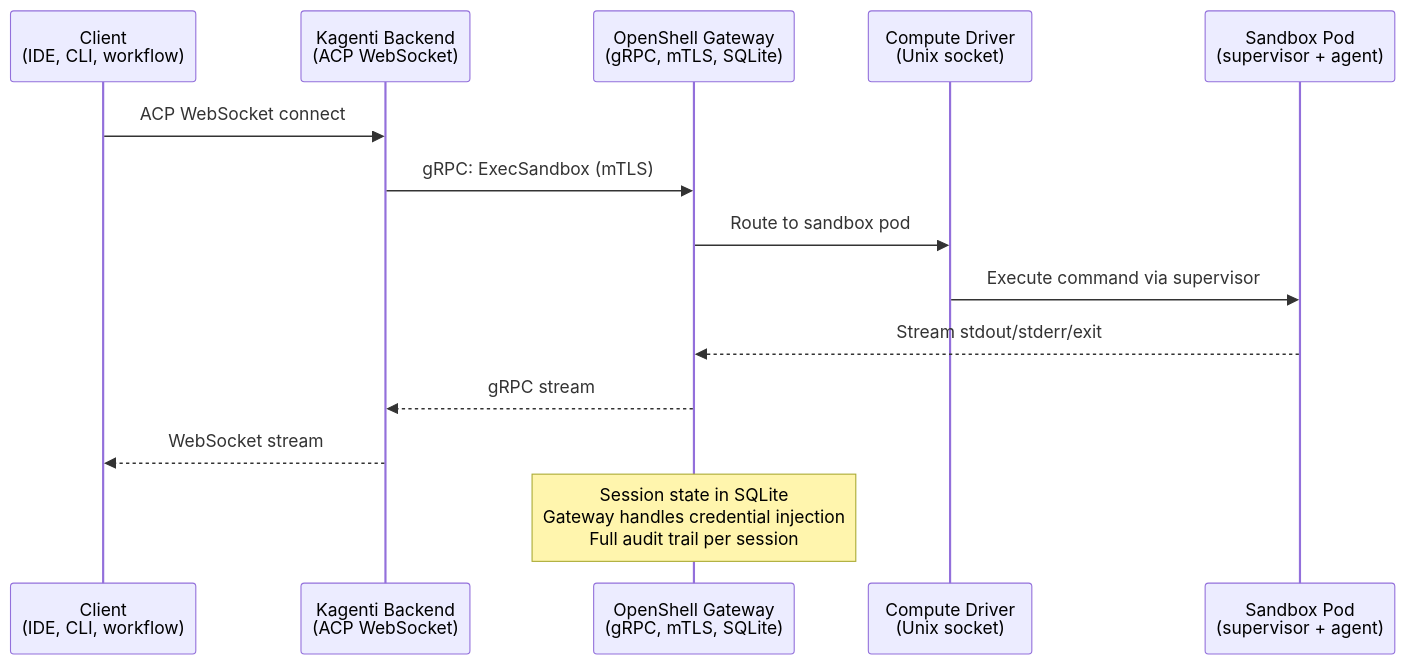
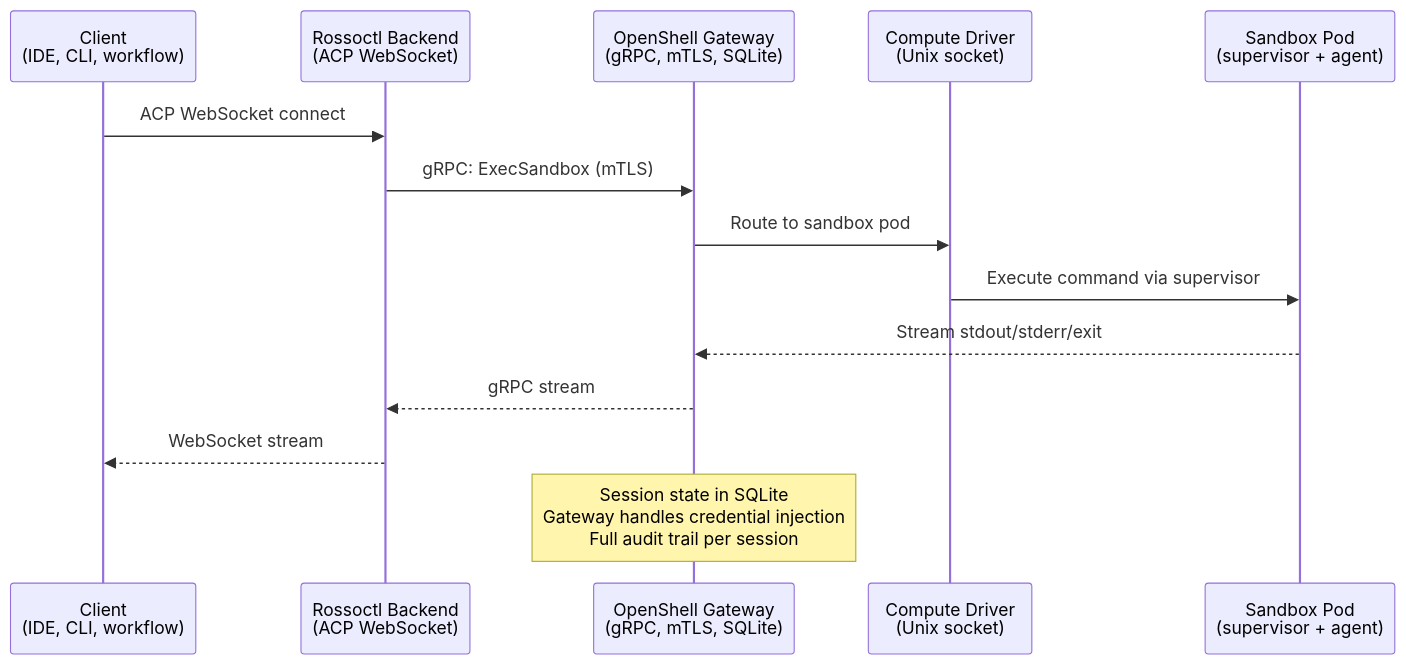
Before and after one commit to kagenti/kagenti: the eighth of 9 diagrams in docs/research/composable-agents-design.md, drawn with Mermaid. The commit also changed other lines of this file and 1316 other files, not shown here.

First line of the commit message:
⚠️ Rename Kagenti → Rossoctl across the flagship repo (→ rossoctl)

````diff
--- a/docs/research/composable-agents-design.md
+++ b/docs/research/composable-agents-design.md
@@ -322,19 +322,19 @@
 ```mermaid
 sequenceDiagram
     participant Client as Client<br/>(IDE, CLI, workflow)
-    participant Backend as Kagenti Backend<br/>(ACP WebSocket)
+    participant Backend as Rossoctl Backend<br/>(ACP WebSocket)
     participant GW as OpenShell Gateway<br/>(gRPC, mTLS, SQLite)
     participant CD as Compute Driver<br/>(Unix socket)
     participant Agent as Sandbox Pod<br/>(supervisor + agent)
 
     Client->>Backend: ACP WebSocket connect
     Backend->>GW: gRPC: ExecSandbox (mTLS)
     GW->>CD: Route to sandbox pod
     CD->>Agent: Execute command via supervisor
 
     Agent-->>GW: Stream stdout/stderr/exit
     GW-->>Backend: gRPC stream
     Backend-->>Client: WebSocket stream
 
     Note over GW: Session state in SQLite<br/>Gateway handles credential injection<br/>Full audit trail per session
 ```
````
